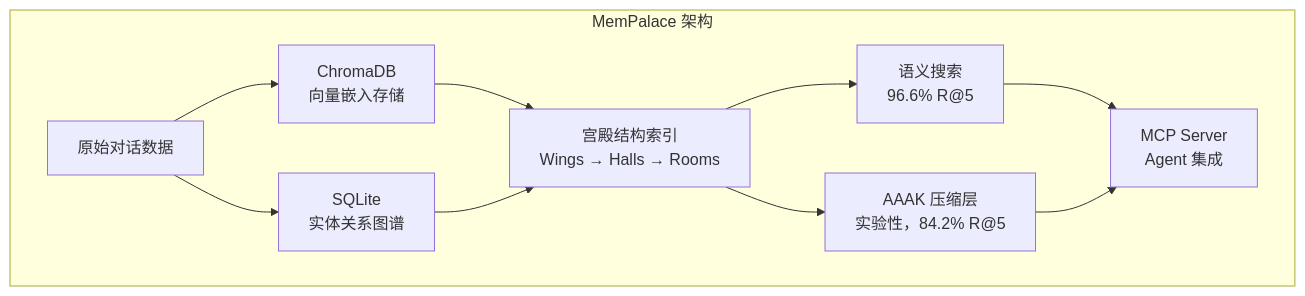
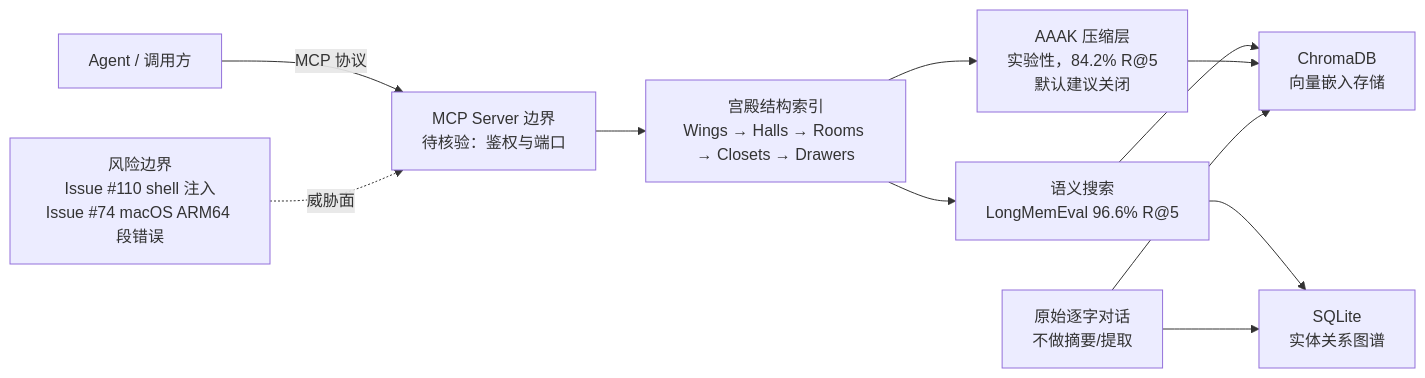
Before and after one commit to aiutil/github-researcher: the diagram in projects/mempalace.md, drawn with Mermaid. The commit also changed other lines of this file and 939 other files, not shown here.

Commit message:
feat: add architect briefs and Mermaid project maps

````diff
--- a/projects/mempalace.md
+++ b/projects/mempalace.md
@@ -48,13 +61,13 @@
 ```mermaid
-graph TB
-    subgraph "MemPalace 架构"
-        A[原始对话数据] --> B[ChromaDB<br>向量嵌入存储]
-        A --> C[SQLite<br>实体关系图谱]
-        B --> D[宫殿结构索引<br>Wings → Halls → Rooms]
-        C --> D
-        D --> E[语义搜索<br>96.6% R@5]
-        D --> F[AAAK 压缩层<br>实验性，84.2% R@5]
-        E --> G[MCP Server<br>Agent 集成]
-        F --> G
-    end
+graph LR
+    A[Agent / 调用方] -->|MCP 协议| B[MCP Server 边界<br>待核验：鉴权与端口]
+    B --> C[宫殿结构索引<br>Wings → Halls → Rooms → Closets → Drawers]
+    C --> D[语义搜索<br>LongMemEval 96.6% R@5]
+    C --> E[AAAK 压缩层<br>实验性，84.2% R@5<br>默认建议关闭]
+    D --> F[ChromaDB<br>向量嵌入存储]
+    D --> G[SQLite<br>实体关系图谱]
+    E --> F
+    H[原始逐字对话<br>不做摘要/提取] --> F
+    H --> G
+    I[风险边界<br>Issue #110 shell 注入<br>Issue #74 macOS ARM64 段错误] -.威胁面.-> B
 ```
````
